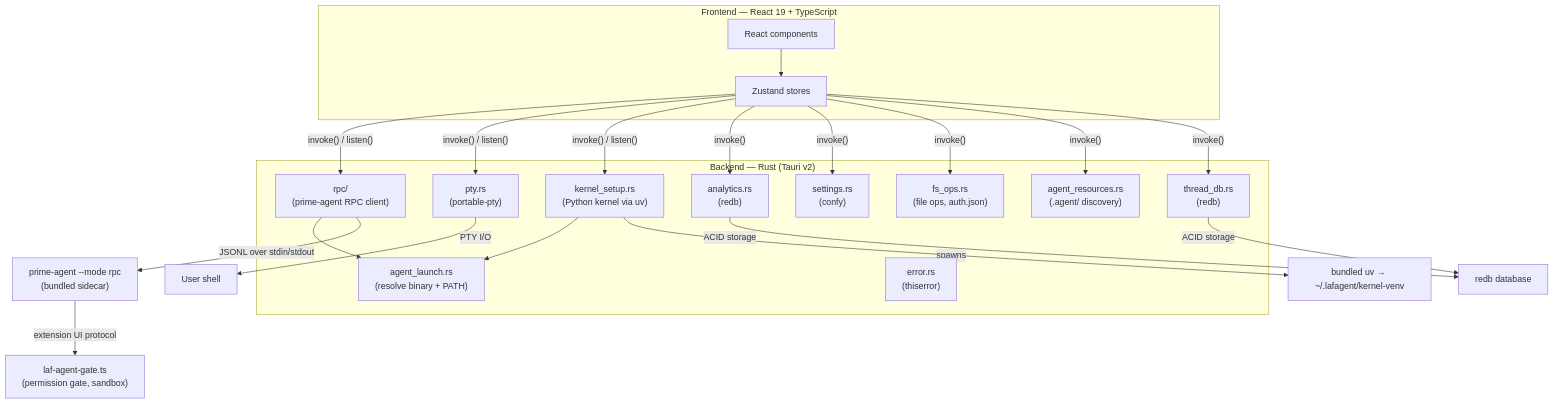
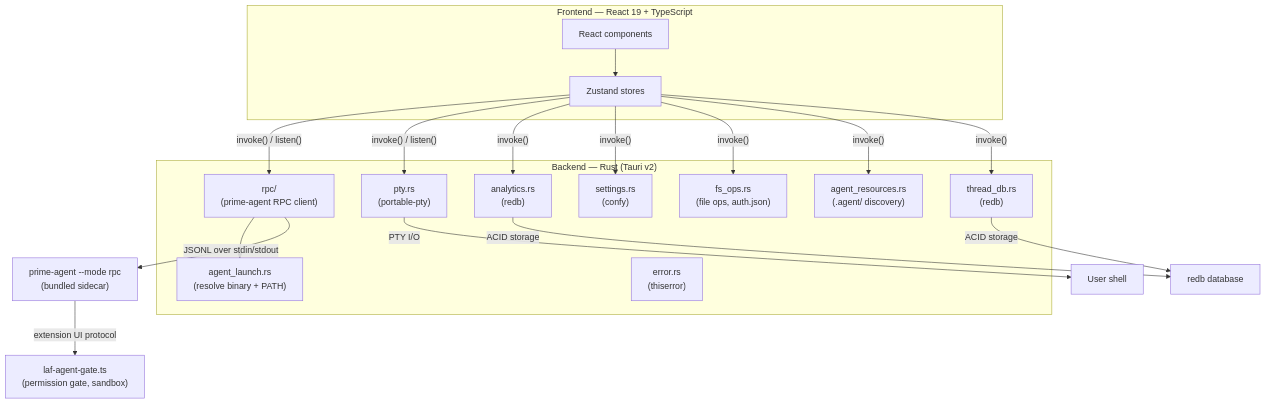
Before and after one commit to LAF-labs/prime: the first of 2 diagrams in docs/architecture.md, drawn with Mermaid. The commit also changed other lines of this file and 21 other files, not shown here.

````diff
--- a/docs/architecture.md
+++ b/docs/architecture.md
@@ -9,39 +9,35 @@
 ```mermaid
 graph TD
   subgraph Frontend["Frontend — React 19 + TypeScript"]
     Zustand["Zustand stores"]
     Components["React components"]
     Components --> Zustand
   end
 
   subgraph Backend["Backend — Rust (Tauri v2)"]
     RPC["rpc/<br/>(prime-agent RPC client)"]
     Launch["agent_launch.rs<br/>(resolve binary + PATH)"]
-    Kernel["kernel_setup.rs<br/>(Python kernel via uv)"]
     PTY["pty.rs<br/>(portable-pty)"]
     Analytics["analytics.rs<br/>(redb)"]
     ThreadDB["thread_db.rs<br/>(redb)"]
     Settings["settings.rs<br/>(confy)"]
     FsOps["fs_ops.rs<br/>(file ops, auth.json)"]
     AgentResources["agent_resources.rs<br/>(.agent/ discovery)"]
     Error["error.rs<br/>(thiserror)"]
   end
 
   Zustand -- "invoke() / listen()" --> RPC
   Zustand -- "invoke() / listen()" --> PTY
-  Zustand -- "invoke() / listen()" --> Kernel
   Zustand -- "invoke()" --> Analytics
   Zustand -- "invoke()" --> Settings
   Zustand -- "invoke()" --> FsOps
   Zustand -- "invoke()" --> AgentResources
   Zustand -- "invoke()" --> ThreadDB
 
   RPC --> Launch
-  Kernel --> Launch
   RPC -- "JSONL over stdin/stdout" --> Agent["prime-agent --mode rpc<br/>(bundled sidecar)"]
   Agent -- "extension UI protocol" --> Gate["laf-agent-gate.ts<br/>(permission gate, sandbox)"]
-  Kernel -- "spawns" --> Uv["bundled uv → ~/.lafagent/kernel-venv"]
   PTY -- "PTY I/O" --> Shell["User shell"]
   Analytics -- "ACID storage" --> ReDB["redb database"]
   ThreadDB -- "ACID storage" --> ReDB
 ```
````
